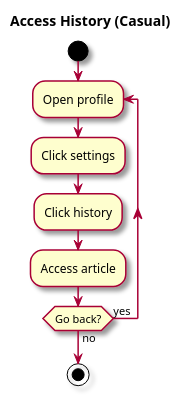
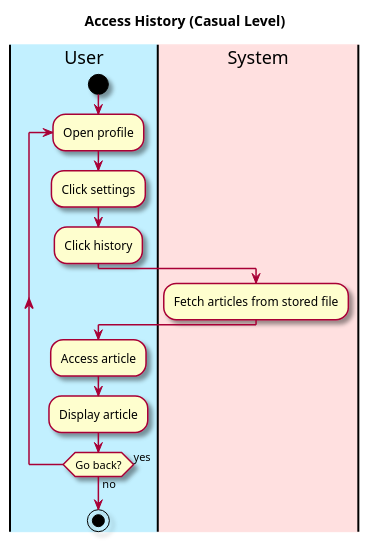
One commit to owhitleym-ui/EcoScoop changed the diagram in intellij/doc/Functional Specification/access-history.md. Above: the diagram before and after it, drawn with PlantUML. The commit also changed other lines of this file and 7 other files, not shown here.

````diff
--- a/intellij/doc/Functional Specification/access-history.md
+++ b/intellij/doc/Functional Specification/access-history.md
@@ -34,20 +18,25 @@
 ```plantuml
 @startuml
 
 skin rose
 
-title Access History (Casual)
+title Access History (Casual Level)
 'define the lanes
 |#application|User|
+|#implementation|System|
 
 |User|
 start
     repeat :Open profile;
         :Click settings;
         :Click history;
+        |System|
+        :Fetch articles from stored file;
+        |User|
         :Access article;
+        :Display article;
         repeat while (Go back?) is (yes) not (no)
 
 stop
 @enduml
 ```
````
